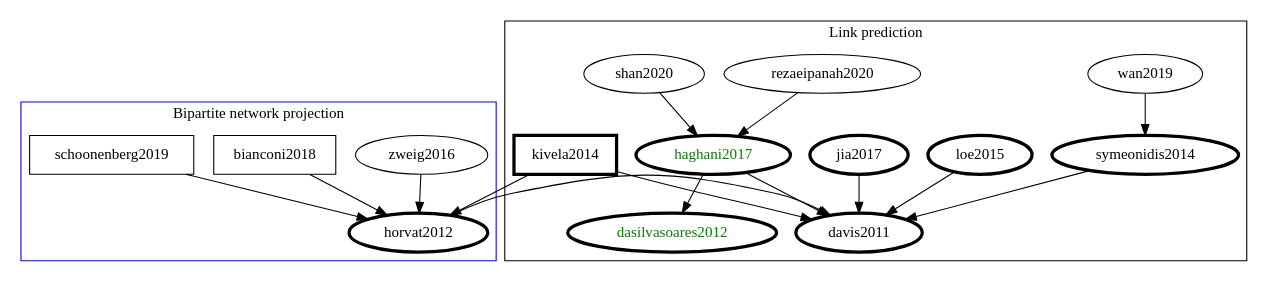
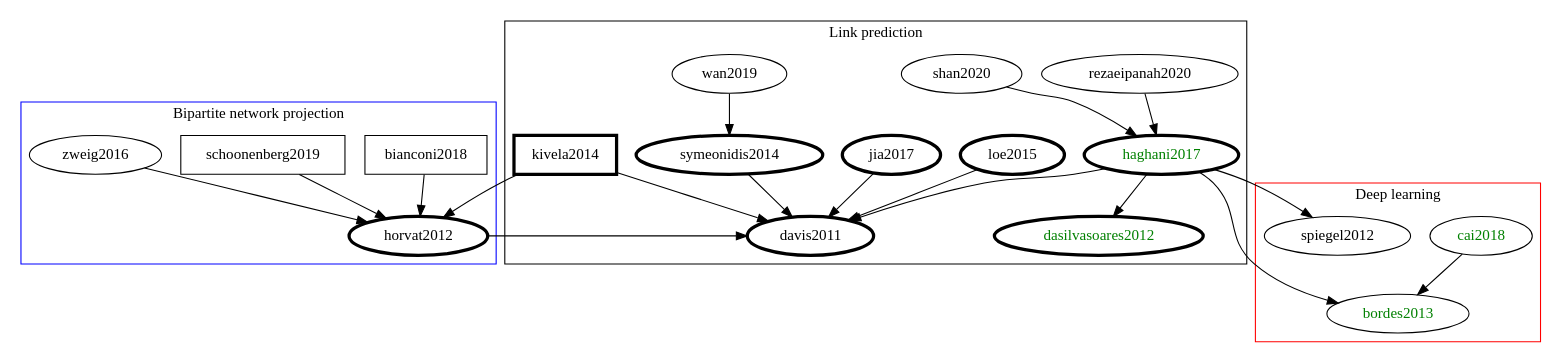
Before and after one commit to ThenWho/pol-is-analysis: the second of 2 diagrams in Related Literature.md, drawn with Graphviz. The commit also changed other lines of this file, not shown here.

Commit message:
Link prediction + deep learning

````diff
--- a/Related Literature.md
+++ b/Related Literature.md
@@ -15,40 +15,52 @@
 ```graphviz 
 digraph cg {
     horvat2012 [penwidth = 3];
     bianconi2018 [shape = rectangle];
     schoonenberg2019 [shape = rectangle];
     davis2011 [penwidth = 3];
     loe2015 [penwidth = 3];
     haghani2017 [penwidth = 3, fontcolor = green, href = "/@ThenWho/haghani2017"];
     symeonidis2014 [penwidth = 3];
     jia2017 [penwidth = 3];
     kivela2014 [shape = rectangle, penwidth = 3];
     dasilvasoares2012 [penwidth = 3, fontcolor = green, href = "/@ThenWho/dasilvasoares2012"];
+    cai2018 [fontcolor = green, href = "/@ThenWho/cai2018"];
+    bordes2013 [fontcolor = green, href = "/@ThenWho/bordes2013"];
+    spiegel2012;
     
     subgraph cluster_bnp {
 		color = blue;
 		label = "Bipartite network projection";
         
         bianconi2018 -> horvat2012;
         zweig2016 -> horvat2012;
         schoonenberg2019 -> horvat2012;
 	}
     
     subgraph cluster_lp {
 		color = black;
 		label = "Link prediction";
         
         horvat2012 -> davis2011;
         loe2015 -> davis2011;
         haghani2017 -> davis2011;
         rezaeipanah2020 -> haghani2017;
         shan2020 -> haghani2017;
         symeonidis2014 -> davis2011
         wan2019 -> symeonidis2014;
         jia2017 -> davis2011;
         kivela2014 -> davis2011;
         kivela2014 -> horvat2012;
         haghani2017 -> dasilvasoares2012;
     }
+    
+    subgraph cluster_ml {
+		color = red;
+		label = "Deep learning";
+        
+        haghani2017 -> bordes2013;
+        cai2018 -> bordes2013;
+        haghani2017 -> spiegel2012;
+    }
 }
 ```
````
